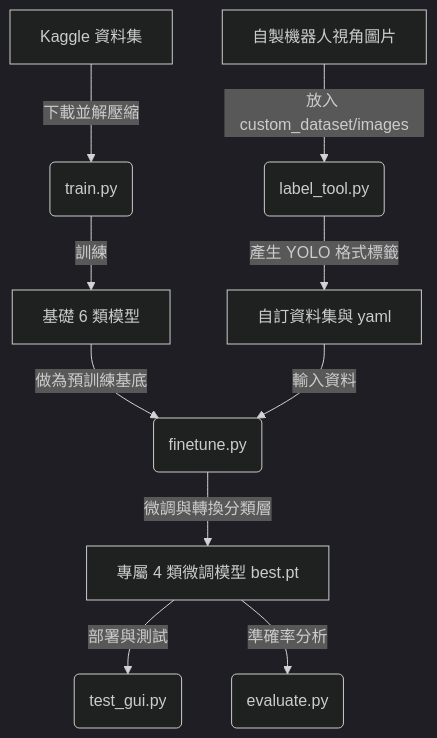
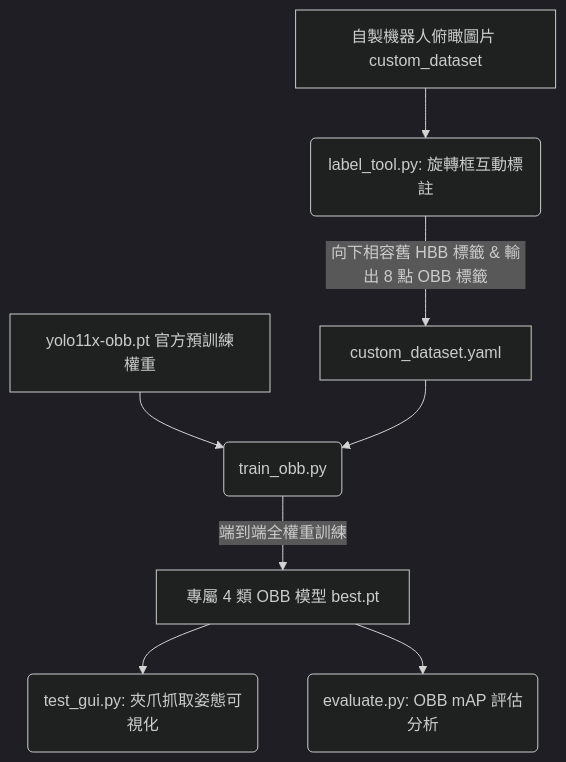
One commit to BigBlueW/garbage-classification-yolo changed the diagram in README.md. Above: the diagram before and after it, drawn with Mermaid (dark theme). The commit also changed other lines of this file and 5 other files, not shown here.

Commit message:
feat(pipeline): implement interactive OBB labeling, training, and agnostic NMS inference GUI

````diff
--- a/README.md
+++ b/README.md
@@ -11,15 +13,12 @@
 ```mermaid
 graph TD
-    A[Kaggle 資料集] -->|下載並解壓縮| B(train.py)
-    C[自製機器人視角圖片] -->|放入 custom_dataset/images| D(label_tool.py)
+    A[自製機器人俯瞰圖片 custom_dataset] --> B(label_tool.py: 旋轉框互動標註)
+    B -->|向下相容舊 HBB 標籤 & 輸出 8 點 OBB 標籤| C[custom_dataset.yaml]
     
-    D -->|產生 YOLO 格式標籤| E[自訂資料集與 yaml]
-    B -->|訓練| F[基礎 6 類模型]
+    D[yolo11x-obb.pt 官方預訓練權重] --> E(train_obb.py)
+    C --> E
     
-    F -->|做為預訓練基底| G(finetune.py)
-    E -->|輸入資料| G
-    
-    G -->|微調與轉換分類層| H[專屬 4 類微調模型 best.pt]
-    H -->|部署與測試| I(test_gui.py)
-    H -->|準確率分析| J(evaluate.py)
+    E -->|端到端全權重訓練| F[專屬 4 類 OBB 模型 best.pt]
+    F --> G(test_gui.py: 夾爪抓取姿態可視化)
+    F --> H(evaluate.py: OBB mAP 評估分析)
 ```
````
